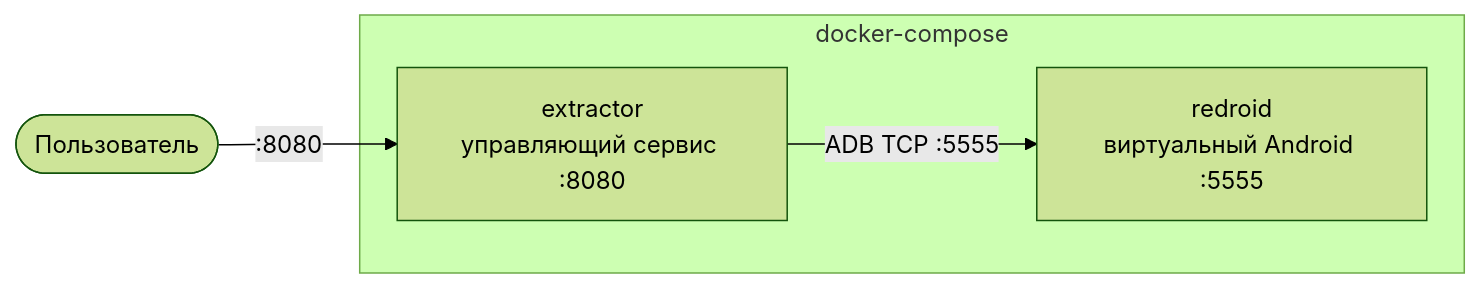
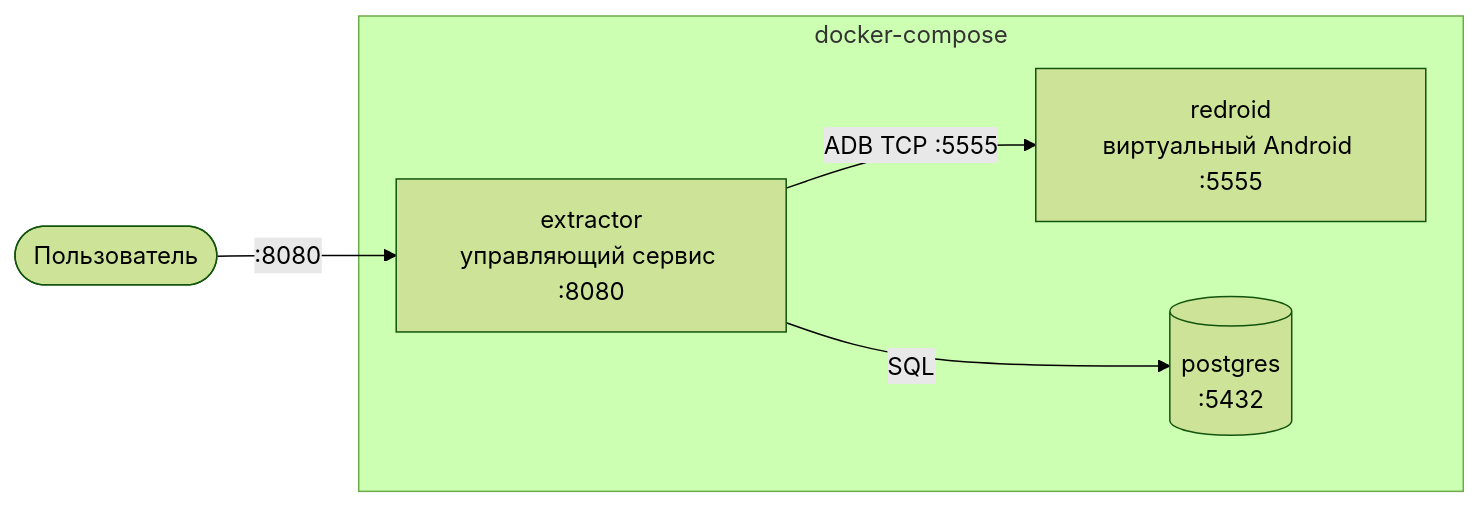
Before and after one commit to mkaascs/TelegramAuthExtractor: the third of 3 diagrams in docs/research.md, drawn with Mermaid (forest theme). The commit also changed other lines of this file, not shown here.

````diff
--- a/docs/research.md
+++ b/docs/research.md
@@ -271,9 +290,11 @@
 ```mermaid
 flowchart LR
     subgraph compose[docker-compose]
         extractor[extractor<br/>управляющий сервис :8080]
         redroid[redroid<br/>виртуальный Android :5555]
+        postgres[(postgres<br/>:5432)]
     end
     user([Пользователь]) -->|:8080| extractor
     extractor -->|ADB TCP :5555| redroid
+    extractor -->|SQL| postgres
 ```
````
